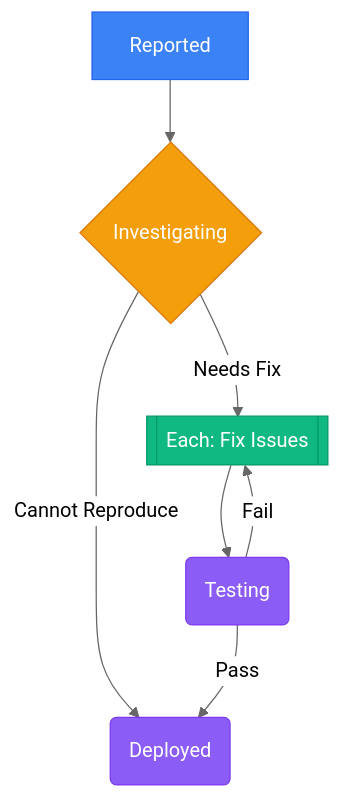
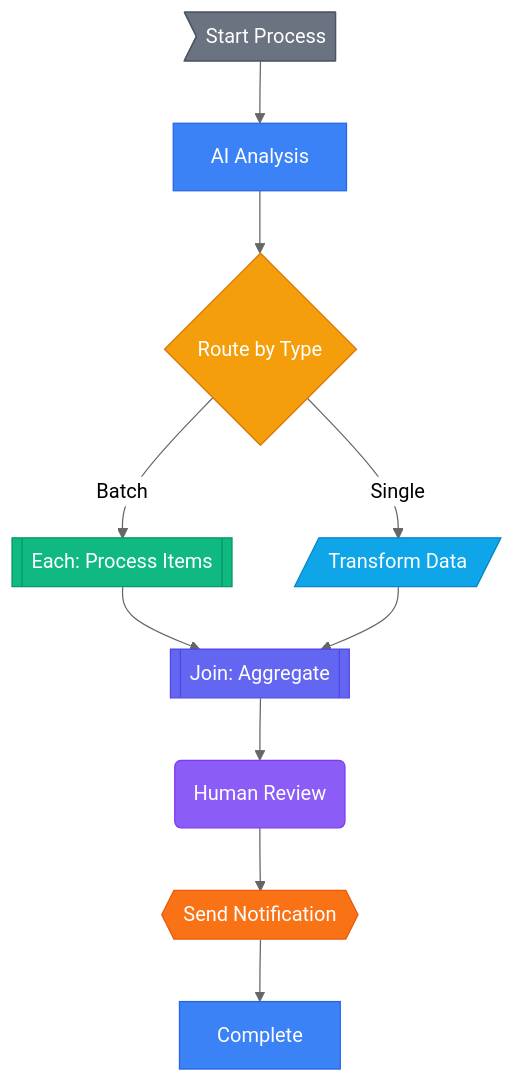
Before and after one commit to ryandekker/coordination-matrix: the diagram in docs/mermaid-workflow-prompt.md, drawn with Mermaid (neutral theme). The commit also changed other lines of this file and 4 other files, not shown here.

````diff
--- a/docs/mermaid-workflow-prompt.md
+++ b/docs/mermaid-workflow-prompt.md
@@ -83,28 +89,48 @@
 ```mermaid
 flowchart TD
-    step1["Reported"]
-    step2{"Investigating"}
-    step3[["Each: Fix Issues"]]
-    step4("Testing")
-    step5("Deployed")
+    start>"Start Process"]
+    step1["AI Analysis"]
+    step2{"Route by Type"}
+    step3[["Each: Process Items"]]
+    step4[/"Transform Data"/]
+    step5[["Join: Aggregate"]]
+    step6("Human Review")
+    step7{{"Send Notification"}}
+    step8["Complete"]
 
+    start --> step1
     step1 --> step2
-    step2 -->|"Needs Fix"| step3
-    step2 -->|"Cannot Reproduce"| step5
-    step3 --> step4
-    step4 -->|"Pass"| step5
-    step4 -->|"Fail"| step3
+    step2 -->|"Batch"| step3
+    step2 -->|"Single"| step4
+    step3 --> step5
+    step4 --> step5
+    step5 --> step6
+    step6 --> step7
+    step7 --> step8
 
+    classDef trigger fill:#6B7280,color:#fff,stroke:#4B5563
     classDef agent fill:#3B82F6,color:#fff,stroke:#2563EB
     classDef manual fill:#8B5CF6,color:#fff,stroke:#7C3AED
     classDef external fill:#F97316,color:#fff,stroke:#EA580C
     classDef decision fill:#F59E0B,color:#fff,stroke:#D97706
     classDef foreach fill:#10B981,color:#fff,stroke:#059669
     classDef join fill:#6366F1,color:#fff,stroke:#4F46E5
     classDef flow fill:#EC4899,color:#fff,stroke:#DB2777
+    classDef code fill:#0EA5E9,color:#fff,stroke:#0284C7
+    classDef findDocument fill:#14B8A6,color:#fff,stroke:#0D9488
 
-    class step1 agent
+    class start trigger
+    class step1,step8 agent
     class step2 decision
     class step3 foreach
-    class step4,step5 manual
+    class step4 code
+    class step5 join
+    class step6 manual
+    class step7 external
+
+    %% Step configuration (preserved on import)
+    %% @step(step1): {"additionalInstructions":"Analyze the input and determine processing type"}
+    %% @step(step3): {"itemsPath":"items","itemVariable":"item","maxItems":100}
+    %% @step(step4): {"codeConfig":{"code":"return { processed: input.items.map(i => i.value * 2) };","packages":["lodash"]}}
+    %% @step(step5): {"awaitStepId":"step3","joinBoundary":{"minPercent":90}}
 ```
````
